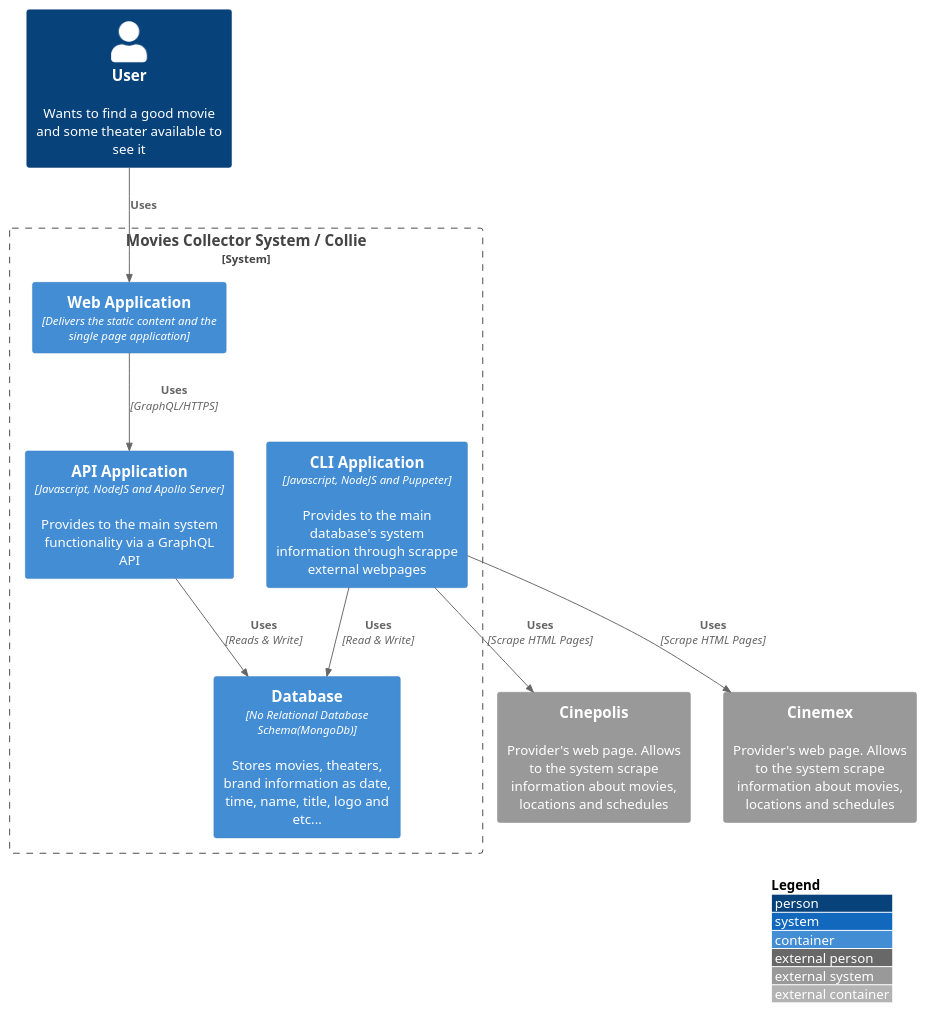
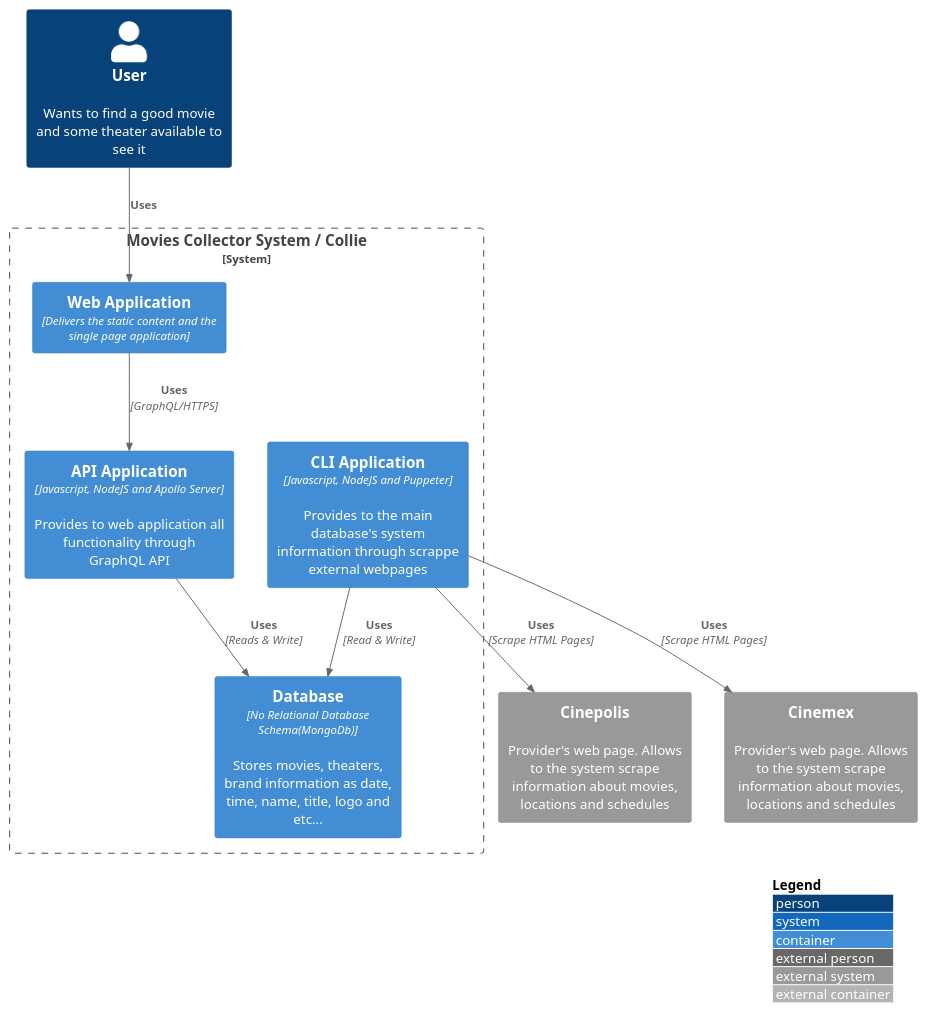
Before and after one commit to aoropeza/collie-docs: the diagram in src/1 Movies Collector System/container.puml, drawn with PlantUML. The commit also changed 6 other files, not shown here.

```diff
--- a/src/1 Movies Collector System/container.puml
+++ b/src/1 Movies Collector System/container.puml
@@ -1,23 +1,23 @@
 @startuml
 !include https://raw.githubusercontent.com/adrianvlupu/C4-PlantUML/latest/C4_Container.puml
 
 LAYOUT_WITH_LEGEND()
 
 Person(user, "User", "Wants to find a good movie and some theater available to see it")
 System_Ext(cinepolis, "Cinepolis", "Provider's web page. Allows to the system scrape information about movies, locations and schedules")
 System_Ext(cinemex, "Cinemex", "Provider's web page. Allows to the system scrape information about movies, locations and schedules")
 System_Boundary(colliesystem, "Movies Collector System / Collie") {
     Container(reactapp, "Web Application", "Delivers the static content and the single page application")
-    Container(api, "API Application", "Javascript, NodeJS and Apollo Server", "Provides to the main system functionality via a GraphQL API")
+    Container(api, "API Application", "Javascript, NodeJS and Apollo Server", "Provides to web application all functionality through GraphQL API")
     Container(cli, "CLI Application", "Javascript, NodeJS and Puppeter", "Provides to the main database's system information through scrappe external webpages")
     Container(db, "Database", "No Relational Database Schema(MongoDb)", "Stores movies, theaters, brand information as date, time, name, title, logo and etc...")
 
     Rel(reactapp, api, "Uses", "GraphQL/HTTPS")
     Rel(api, db, "Uses", "Reads & Write")
     Rel(cli, db, "Uses", "Read & Write")
     
     Rel(cli, cinepolis, "Uses", "Scrape HTML Pages")
     Rel(cli, cinemex, "Uses", "Scrape HTML Pages")
 }
 Rel(user, reactapp, "Uses")
 @enduml
```
